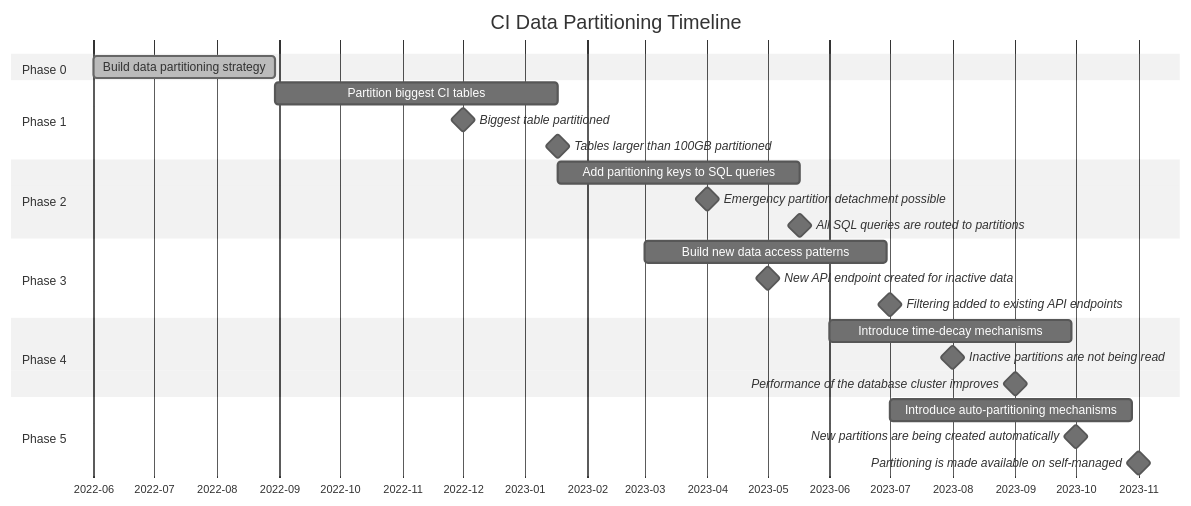
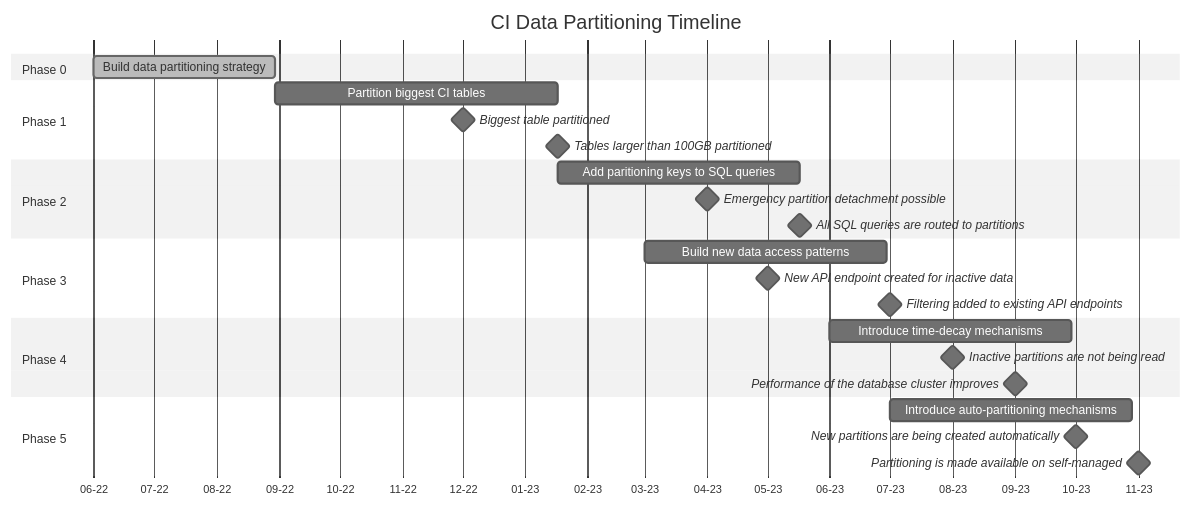
The diagram in doc/architecture/blueprints/ci_data_decay/pipeline_partitioning.md (diffblue/gitlab), drawn with Mermaid (neutral theme) before and after one commit.

Commit message:
Fix dates on x-axis in pipeline partitioning timeline chart

````diff
--- a/doc/architecture/blueprints/ci_data_decay/pipeline_partitioning.md
+++ b/doc/architecture/blueprints/ci_data_decay/pipeline_partitioning.md
@@ -617,29 +617,29 @@
 ```mermaid
 gantt
   title CI Data Partitioning Timeline
   dateFormat  YYYY-MM-DD
-  axisFormat  %Y-%m
+  axisFormat  %m-%y
 
   section Phase 0
     Build data partitioning strategy :done, 0_1, 2022-06-01, 90d
   section Phase 1
     Partition biggest CI tables :1_1, after 0_1, 140d
     Biggest table partitioned :milestone, metadata, 2022-12-01, 1min
     Tables larger than 100GB partitioned :milestone, 100gb, after 1_1, 1min
   section Phase 2
     Add paritioning keys to SQL queries :2_1, after 1_1, 120d
     Emergency partition detachment possible :milestone, detachment, 2023-04-01, 1min
     All SQL queries are routed to partitions :milestone, routing, after 2_1, 1min
   section Phase 3
     Build new data access patterns :3_1, 2023-03-01, 120d
     New API endpoint created for inactive data :milestone, api1, 2023-05-01, 1min
     Filtering added to existing API endpoints :milestone, api2, 2023-07-01, 1min
   section Phase 4
     Introduce time-decay mechanisms :4_1, 2023-06-01, 120d
     Inactive partitions are not being read :milestone, part1, 2023-08-01, 1min
     Performance of the database cluster improves :milestone, part2, 2023-09-01, 1min
   section Phase 5
     Introduce auto-partitioning mechanisms :5_1, 2023-07-01, 120d
     New partitions are being created automatically :milestone, part3, 2023-10-01, 1min
     Partitioning is made available on self-managed :milestone, part4, 2023-11-01, 1min
 ```
````
